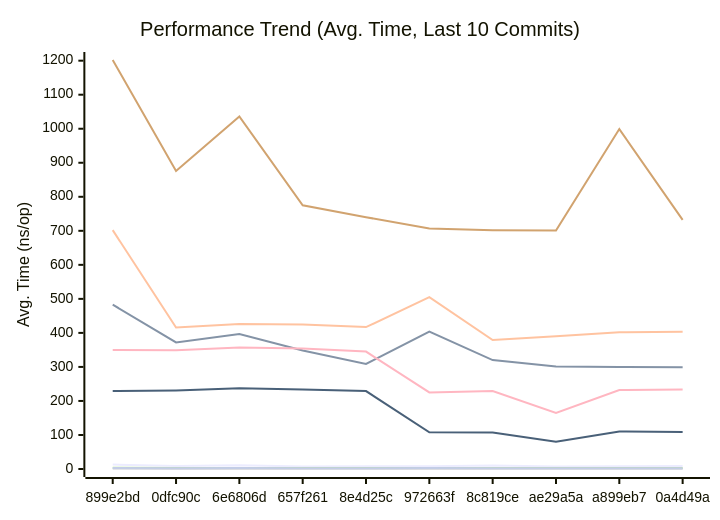
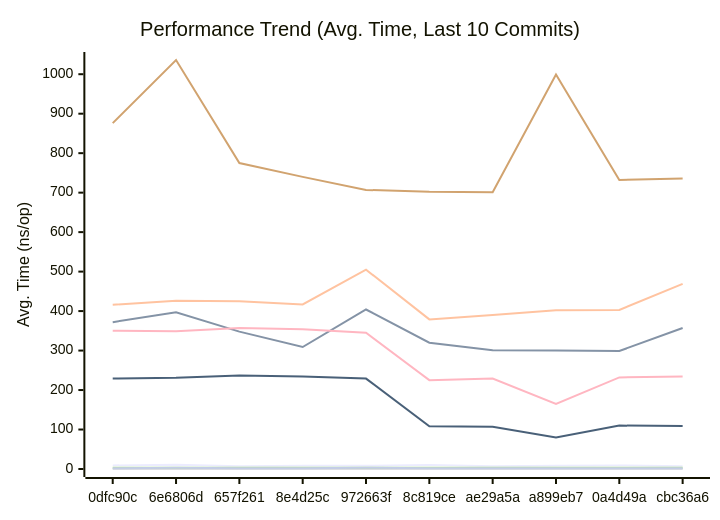
One commit to alsotoes/momo changed the first of 3 diagrams in docs/PERFORMANCE.md. Above: the diagram before and after it, drawn with Mermaid. The commit also changed other lines of this file and 4 other files, not shown here.

````diff
--- a/docs/PERFORMANCE.md
+++ b/docs/PERFORMANCE.md
@@ -80,16 +80,16 @@
 ```mermaid
 xychart-beta
     title "Performance Trend (Avg. Time, Last 10 Commits)"
     x-axis "Commit"
     y-axis "Avg. Time (ns/op)"
-    x-axis [899e2bd,0dfc90c,6e6806d,657f261,8e4d25c,972663f,8c819ce,ae29a5a,a899eb7,0a4d49a]
-    line "CheckMetricsAndSwap" [13,9,11,7,8,8,10,7,8,9]
-    line "CrushOptimized" [483,372,397,348,309,404,320,301,300,299]
-    line "CrushOriginal" [702,416,426,425,417,505,379,390,402,403]
-    line "IndexDirectTracking" [1,0,0,0,0,0,0,0,0,0]
-    line "IndexSearch" [4,3,3,3,3,3,3,3,3,3]
-    line "LoadGlobalConfig" [1202,876,1036,775,740,707,702,701,999,732]
-    line "PadString" [3,2,3,2,2,3,2,2,2,2]
+    x-axis [0dfc90c,6e6806d,657f261,8e4d25c,972663f,8c819ce,ae29a5a,a899eb7,0a4d49a,cbc36a6]
+    line "CheckMetricsAndSwap" [9,11,7,8,8,10,7,8,9,7]
+    line "CrushOptimized" [372,397,348,309,404,320,301,300,299,357]
+    line "CrushOriginal" [416,426,425,417,505,379,390,402,403,469]
+    line "IndexDirectTracking" [0,0,0,0,0,0,0,0,0,0]
+    line "IndexSearch" [3,3,3,3,3,3,3,3,3,3]
+    line "LoadGlobalConfig" [876,1036,775,740,707,702,701,999,732,736]
+    line "PadString" [2,3,2,2,3,2,2,2,2,2]
     line "ParseReplicationOrder_NoPrealloc" [350,349,357,354,345,225,229,165,232,234]
     line "ParseReplicationOrder_Prealloc" [229,231,237,234,229,108,107,80,110,109]
 ```
````
